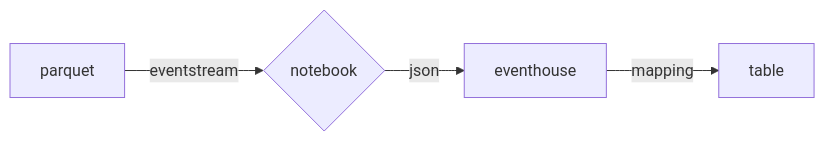
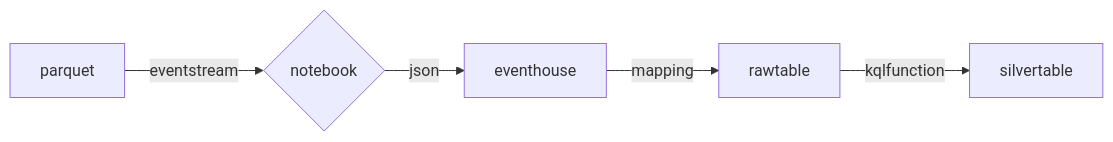
One commit to hfleitas/grouper changed the diagram in README.md. Above: the diagram before and after it, drawn with Mermaid.

````diff
--- a/README.md
+++ b/README.md
@@ -12,6 +12,7 @@
 ```mermaid
 graph LR
    parquet-->|eventstream | nb
    nb{notebook}-->|json | eventhouse
-   eventhouse-->|mapping | table
+   eventhouse-->|mapping | rawtable
+   rawtable-->|kqlfunction | silvertable
 ```
````
